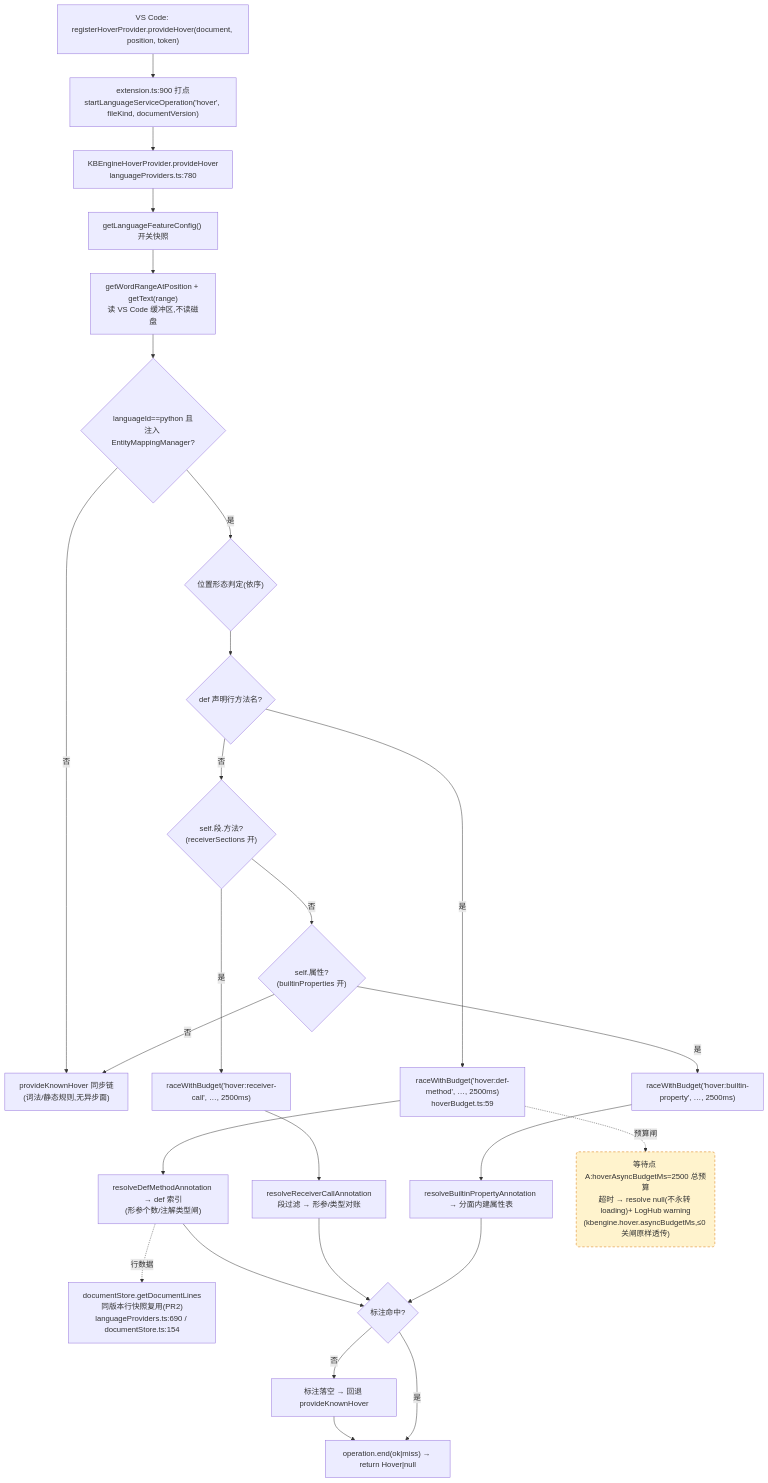
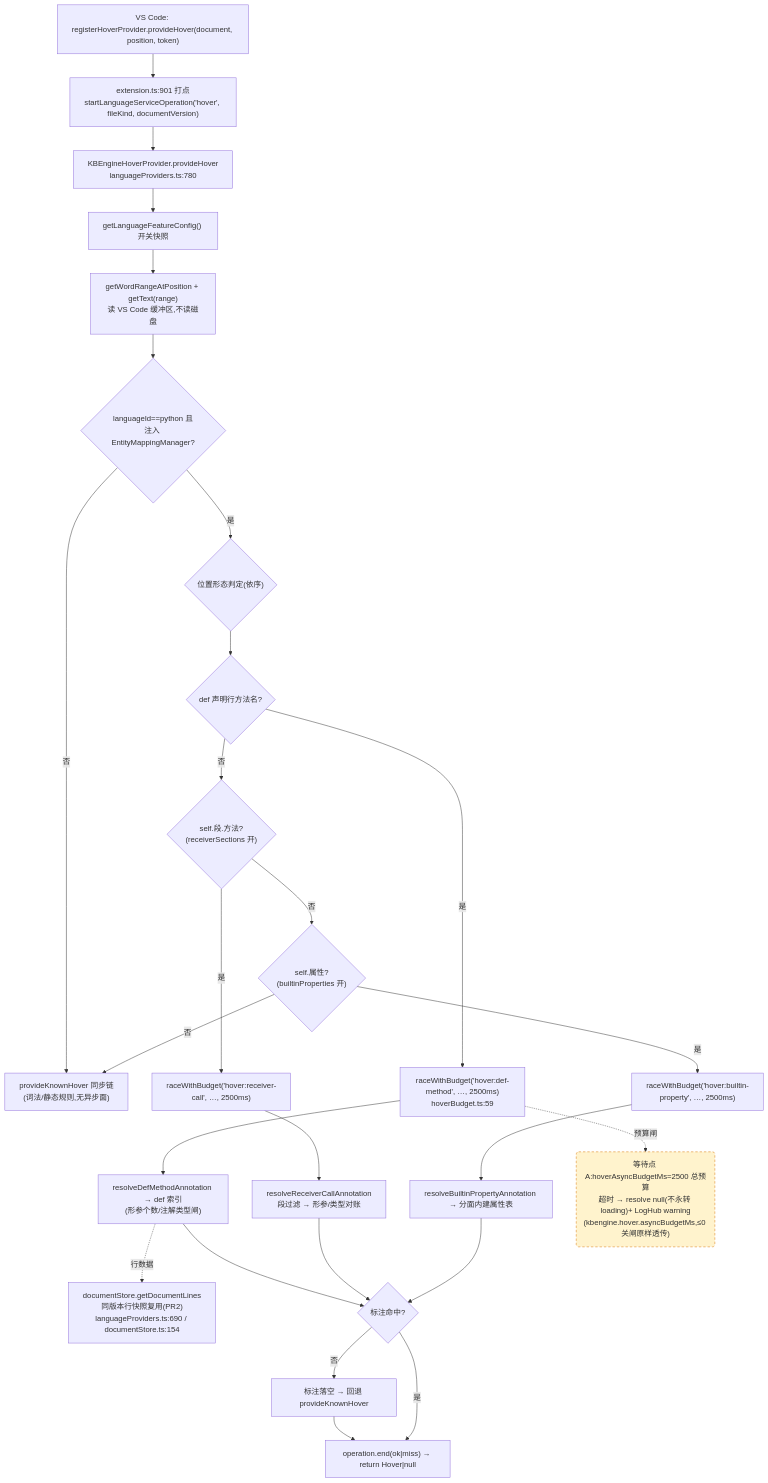
One commit to cuihairu/kode changed the first of 4 diagrams in docs/perf/2026-baseline.md. Above: the diagram before and after it, drawn with Mermaid. The commit also changed other lines of this file and 17 other files, not shown here.

````diff
--- a/docs/perf/2026-baseline.md
+++ b/docs/perf/2026-baseline.md
@@ -82,45 +82,45 @@
 ```mermaid
 flowchart TD
   VC1["VS Code: registerHoverProvider.provideHover(document, position, token)"]
-  M1["extension.ts:900 打点<br/>startLanguageServiceOperation('hover', fileKind, documentVersion)"]
+  M1["extension.ts:901 打点<br/>startLanguageServiceOperation('hover', fileKind, documentVersion)"]
   HP["KBEngineHoverProvider.provideHover<br/>languageProviders.ts:780"]
   CFG["getLanguageFeatureConfig() 开关快照"]
   WORD["getWordRangeAtPosition + getText(range)<br/>读 VS Code 缓冲区,不读磁盘"]
   BR{"languageId==python 且<br/>注入 EntityMappingManager?"}
   KN["provideKnownHover 同步链<br/>(词法/静态规则,无异步面)"]
   POS{"位置形态判定(依序)"}
   D1{"def 声明行方法名?"}
   D2{"self.段.方法?<br/>(receiverSections 开)"}
   D3{"self.属性?<br/>(builtinProperties 开)"}
   RA1["raceWithBudget('hover:def-method', …, 2500ms)<br/>hoverBudget.ts:59"]
   RA2["raceWithBudget('hover:receiver-call', …, 2500ms)"]
   RA3["raceWithBudget('hover:builtin-property', …, 2500ms)"]
   RS1["resolveDefMethodAnnotation → def 索引<br/>(形参个数/注解类型闸)"]
   RS2["resolveReceiverCallAnnotation<br/>段过滤 → 形参/类型对账"]
   RS3["resolveBuiltinPropertyAnnotation → 分面内建属性表"]
   LINES["documentStore.getDocumentLines<br/>同版本行快照复用(PR2)<br/>languageProviders.ts:690 / documentStore.ts:154"]
   MISS["标注落空 → 回退 provideKnownHover"]
   END1["operation.end(ok|miss) → return Hover|null"]
 
   VC1 --> M1 --> HP --> CFG --> WORD --> BR
   BR -- "否" --> KN
   BR -- "是" --> POS --> D1
   D1 -- "是" --> RA1 --> RS1
   D1 -- "否" --> D2
   D2 -- "是" --> RA2 --> RS2
   D2 -- "否" --> D3
   D3 -- "是" --> RA3 --> RS3
   D3 -- "否" --> KN
   RS1 --> HIT{"标注命中?"}
   RS2 --> HIT
   RS3 --> HIT
   RS1 -.->|行数据| LINES
   HIT -- "否" --> MISS --> END1
   HIT -- "是" --> END1
 
   WAITA("等待点 A:hoverAsyncBudgetMs=2500 总预算<br/>超时 → resolve null(不永转 loading)+ LogHub warning<br/>(kbengine.hover.asyncBudgetMs,≤0 关闸原样透传)")
   RA1 -.->|预算闸| WAITA
 
   classDef waitPoint fill:#fff3cd,stroke:#d97706,stroke-dasharray:5 4;
   class WAITA waitPoint;
 ```
````
